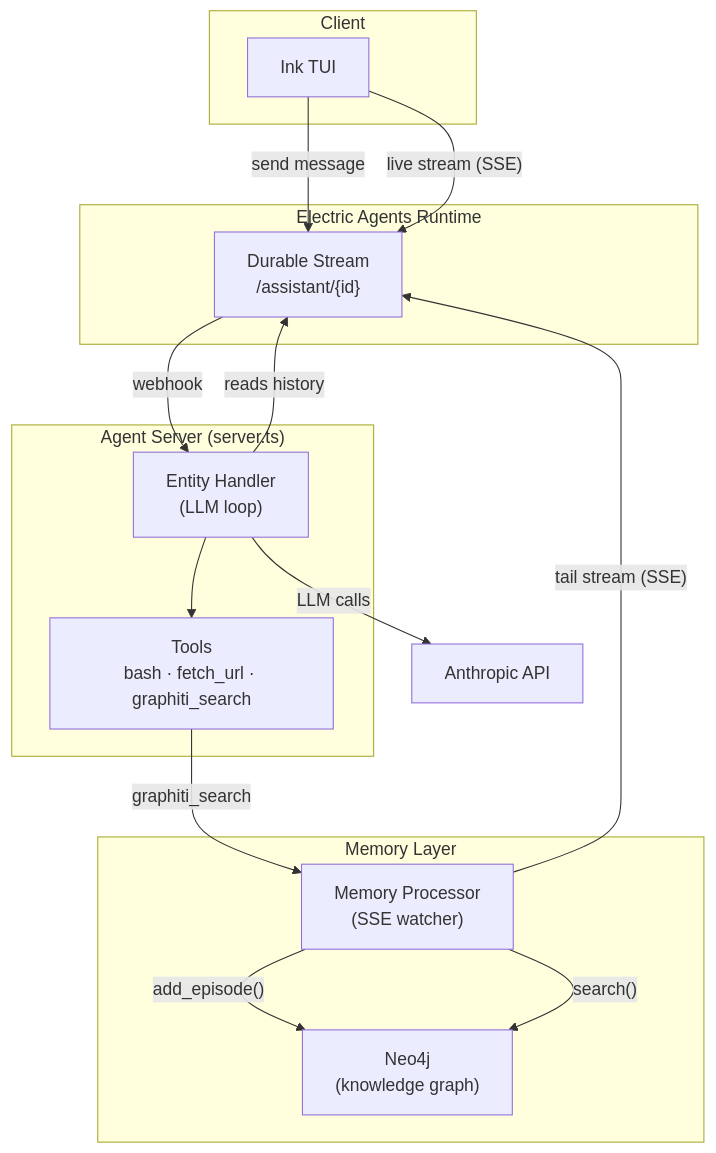
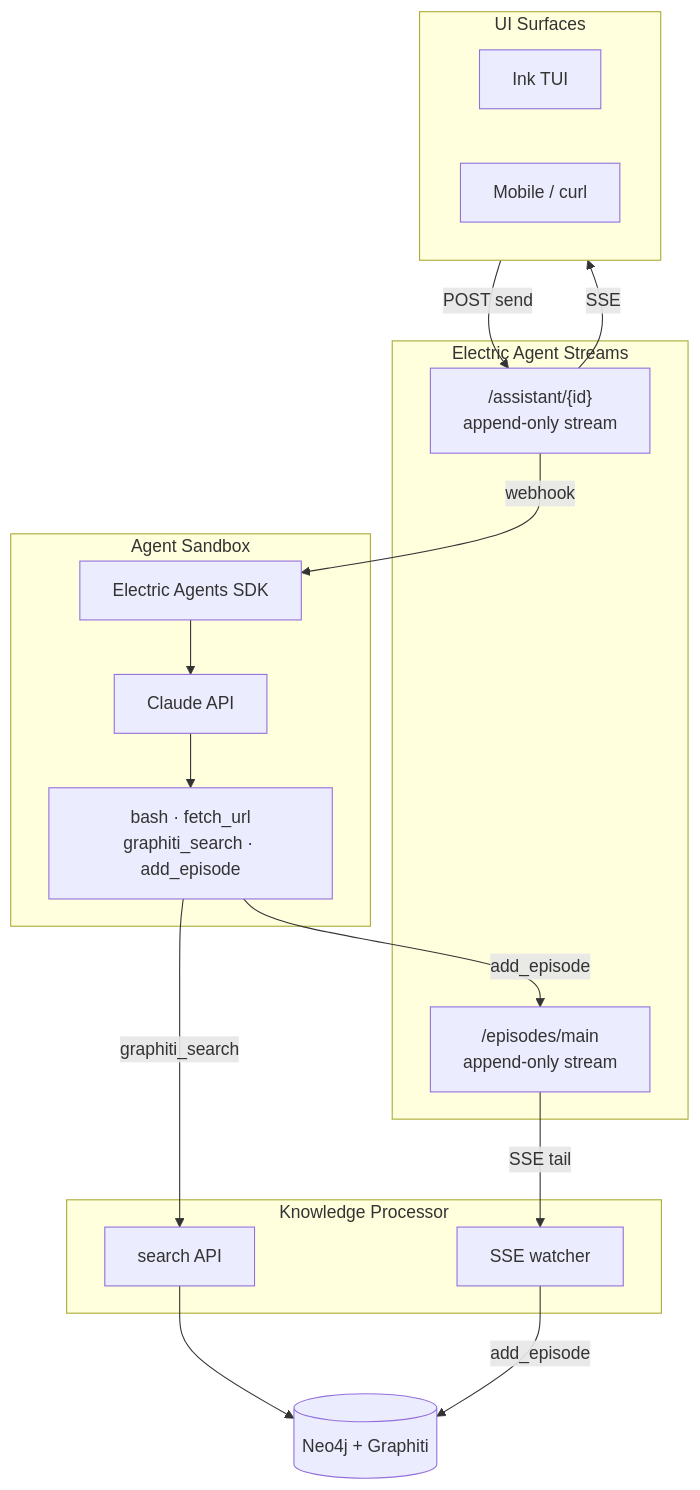
One commit to nharsch/electric-graphiti changed the second of 2 diagrams in README.md. Above: the diagram before and after it, drawn with Mermaid. The commit also changed other lines of this file, not shown here.

Commit message:
docs: update README with new architecture and episodes design decision
Update diagram, how-it-works, and repo layout to reflect agent-driven
episode writing. Add architectural decisions section explaining episodes
as a first-class Electric stream, modeled on Graphiti's episode API.

````diff
--- a/README.md
+++ b/README.md
@@ -21,33 +28,36 @@
 ```mermaid
-graph TB
-    subgraph client["Client"]
-        TUI["Ink TUI"]
+flowchart TD
+    subgraph Surfaces[UI Surfaces]
+        TUI[Ink TUI]
+        Mobile[Mobile / curl]
     end
 
-    subgraph electric["Electric Agents Runtime"]
-        STREAM["Durable Stream\n/assistant/{id}"]
+    subgraph Electric Agents Runtime [Electric Agent Streams]
+        AgentStream["/assistant/{id}\nappend-only stream"]
+        EpisodeStream["/episodes/main\nappend-only stream"]
     end
 
-    subgraph server["Agent Server (server.ts)"]
-        HANDLER["Entity Handler\n(LLM loop)"]
-        TOOLS["Tools\nbash · fetch_url · graphiti_search"]
+    subgraph server.ts [Agent Sandbox]
+        SDK[Electric Agents SDK]
+        Claude[Claude API]
+        Tools["bash · fetch_url\ngraphiti_search · add_episode"]
     end
 
-    subgraph memory["Memory Layer"]
-        PROC["Memory Processor\n(SSE watcher)"]
-        NEO4J["Neo4j\n(knowledge graph)"]
+    subgraph knowledge-processor.py [Knowledge Processor]
+        Watcher[SSE watcher]
+        Search[search API]
     end
 
-    CLAUDE["Anthropic API"]
+    Neo4j[(Neo4j + Graphiti)]
 
-    TUI -- "send message" --> STREAM
-    TUI -- "live stream (SSE)" --> STREAM
-    STREAM -- "webhook" --> HANDLER
-    HANDLER -- "reads history" --> STREAM
-    HANDLER -- "LLM calls" --> CLAUDE
-    HANDLER --> TOOLS
-    TOOLS -- "graphiti_search" --> PROC
-    PROC -- "tail stream (SSE)" --> STREAM
-    PROC -- "add_episode()" --> NEO4J
-    PROC -- "search()" --> NEO4J
+    Surfaces -->|POST send| AgentStream
+    AgentStream -->|SSE| Surfaces
+    AgentStream -->|webhook| SDK
+    SDK --> Claude
+    Claude --> Tools
+    Tools -->|add_episode| EpisodeStream
+    Tools -->|graphiti_search| Search
+    Search --> Neo4j
+    EpisodeStream -->|SSE tail| Watcher
+    Watcher -->|add_episode| Neo4j
 ```
````
